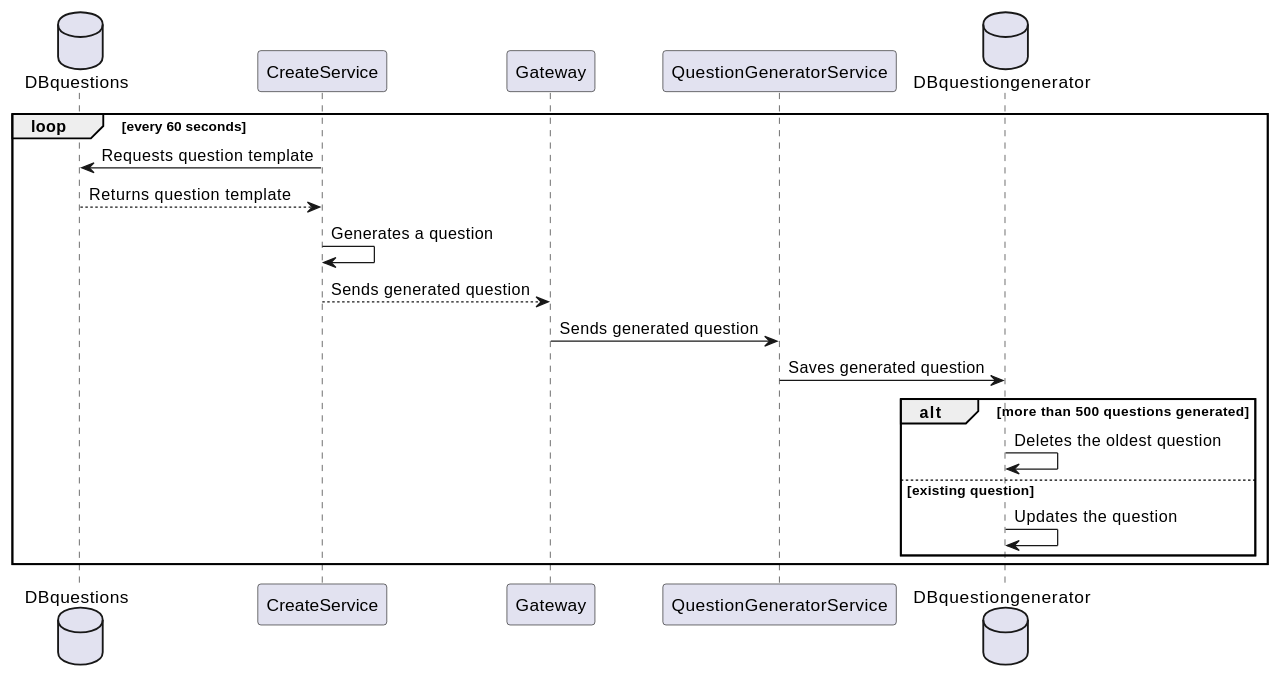
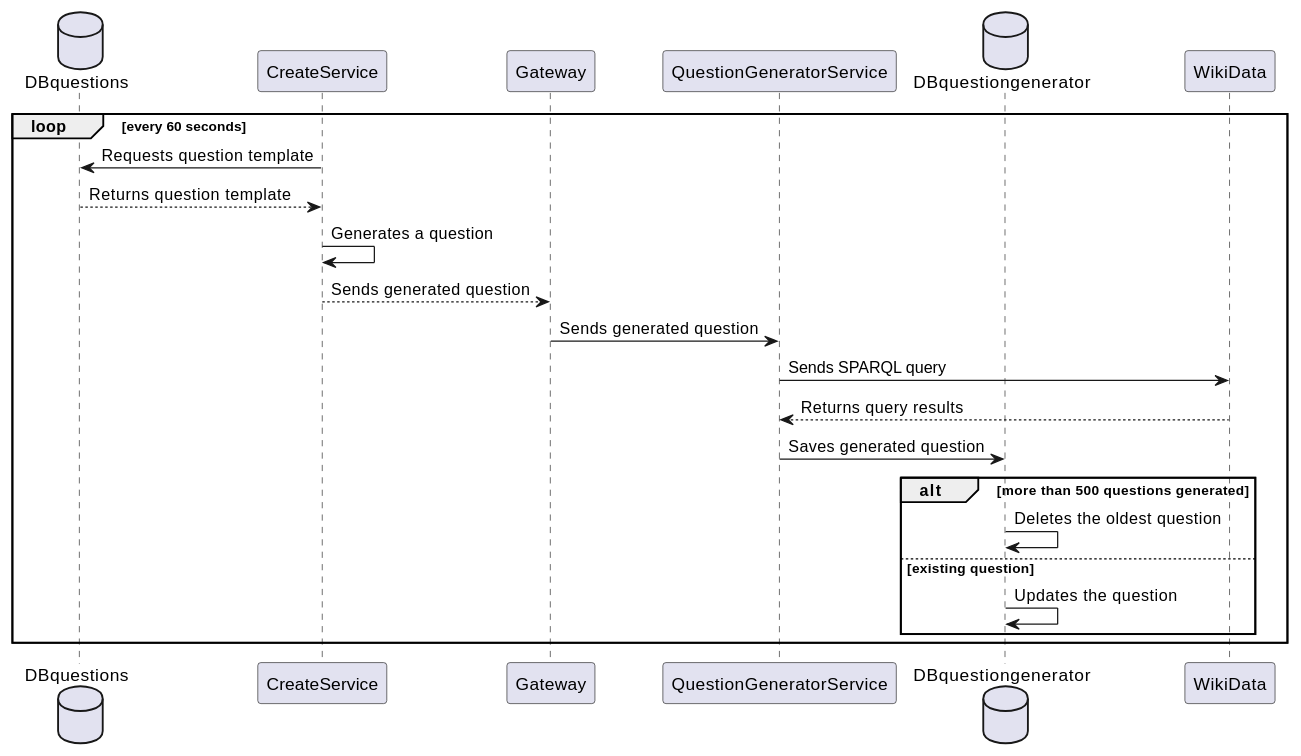
Before and after one commit to Arquisoft/wichat_es6b: the third of 6 diagrams in docs/src/06_runtime_view.adoc, drawn with PlantUML. The commit also changed other lines of this file, not shown here.

```diff
--- a/docs/src/06_runtime_view.adoc
+++ b/docs/src/06_runtime_view.adoc
@@ -99,22 +99,25 @@
 [plantuml, question_generation, png]
 ----
 database DBquestions
 participant CreateService
 participant Gateway
 participant QuestionGeneratorService
 database DBquestiongenerator
+participant WikiData
 
 loop every 60 seconds
     CreateService -> DBquestions: Requests question template
     CreateService <-- DBquestions: Returns question template
     CreateService -> CreateService: Generates a question
     Gateway <-- CreateService: Sends generated question
     Gateway -> QuestionGeneratorService: Sends generated question
+    QuestionGeneratorService -> WikiData: Sends SPARQL query
+    WikiData --> QuestionGeneratorService: Returns query results
     QuestionGeneratorService -> DBquestiongenerator: Saves generated question
     alt more than 500 questions generated
         DBquestiongenerator -> DBquestiongenerator: Deletes the oldest question
     else existing question
         DBquestiongenerator -> DBquestiongenerator: Updates the question
     end
 end
 ----
```
